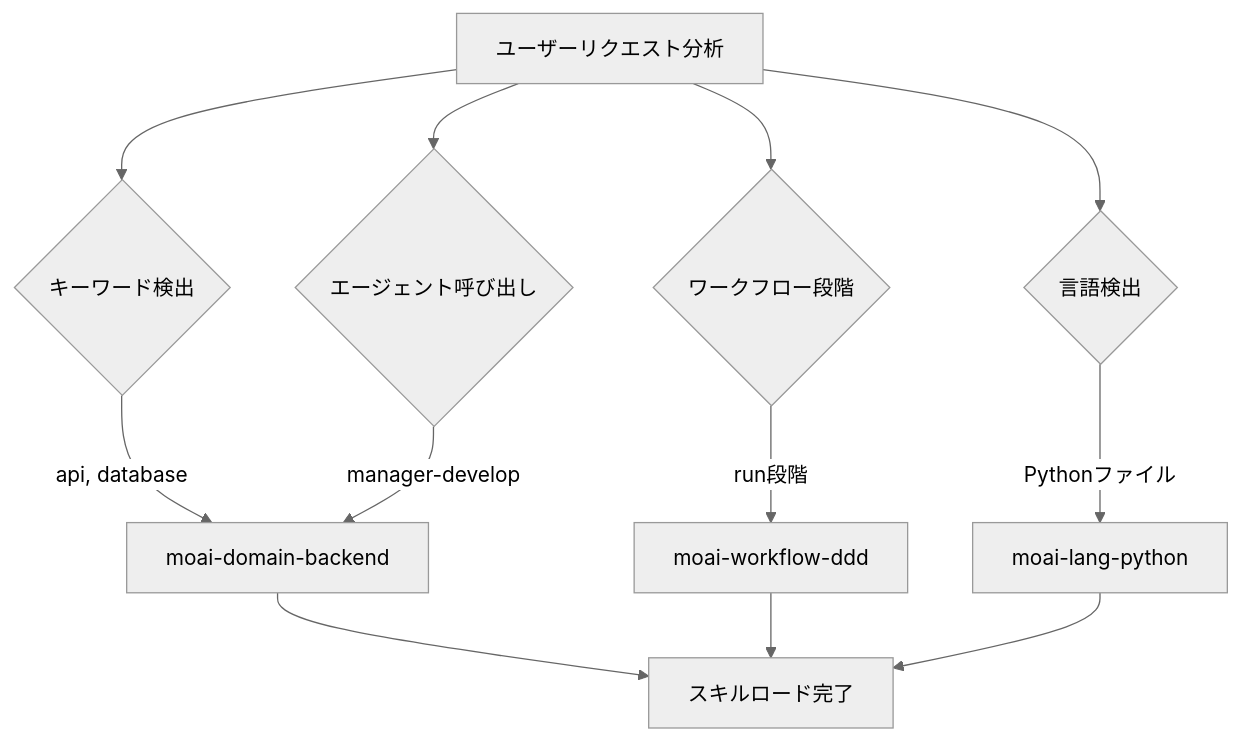
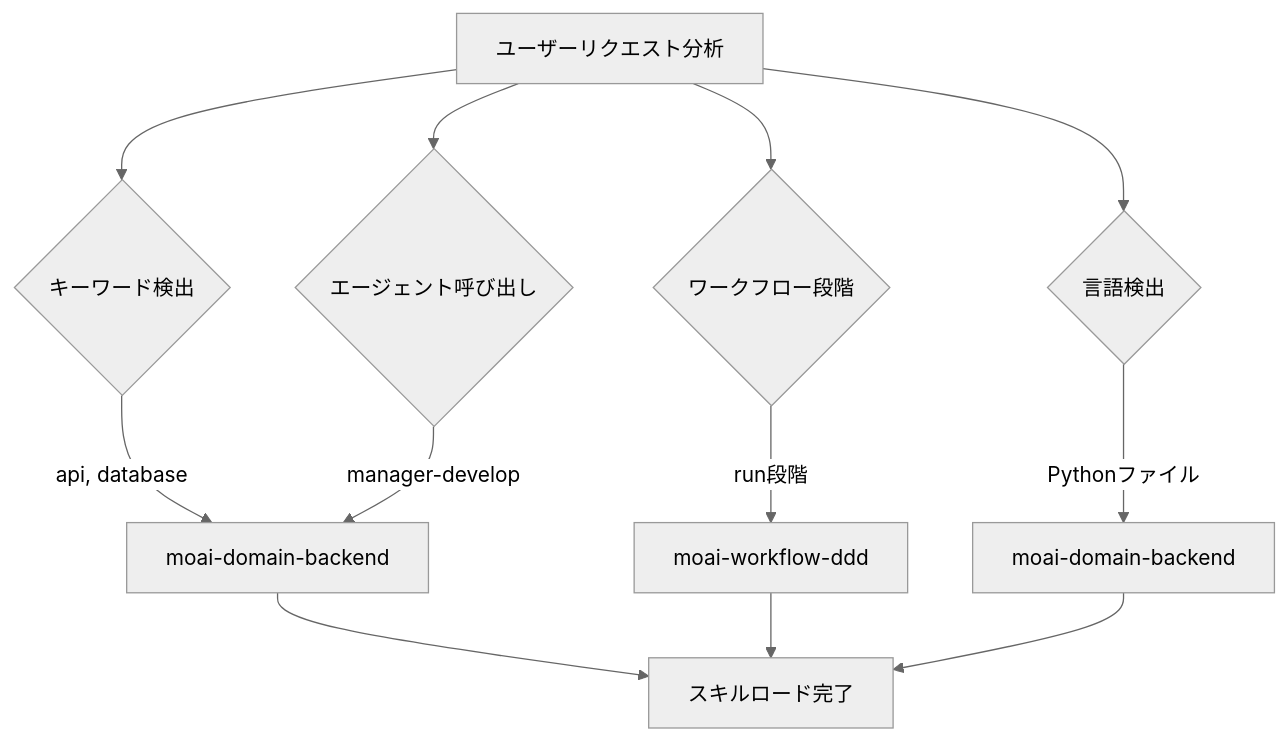
The third of 4 diagrams in docs-site/content/ja/advanced/skill-guide.md (modu-ai/moai-adk), drawn with Mermaid (neutral theme) before and after one commit. The commit also changed other lines of this file and 19 other files, not shown here.

````diff
--- a/docs-site/content/ja/advanced/skill-guide.md
+++ b/docs-site/content/ja/advanced/skill-guide.md
@@ -197,16 +168,16 @@
 ```mermaid
 flowchart TD
     REQ[ユーザーリクエスト分析] --> KW{キーワード検出}
     REQ --> AG{エージェント呼び出し}
     REQ --> PH{ワークフロー段階}
     REQ --> LN{言語検出}
 
     KW -->|"api, database"| SKILL1[moai-domain-backend]
     AG -->|"manager-develop"| SKILL1
     PH -->|"run段階"| SKILL2[moai-workflow-ddd]
-    LN -->|"Pythonファイル"| SKILL3[moai-lang-python]
+    LN -->|"Pythonファイル"| SKILL3[moai-domain-backend]
 
     SKILL1 --> LOAD[スキルロード完了]
     SKILL2 --> LOAD
     SKILL3 --> LOAD
 ```
````
